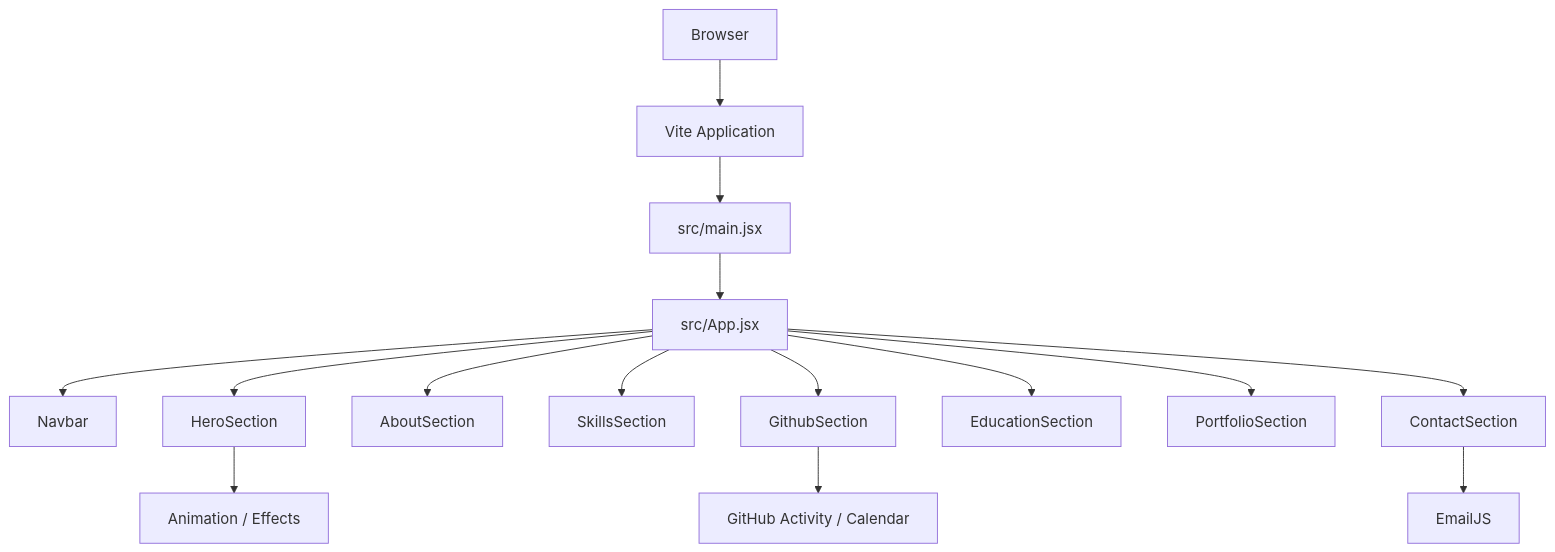
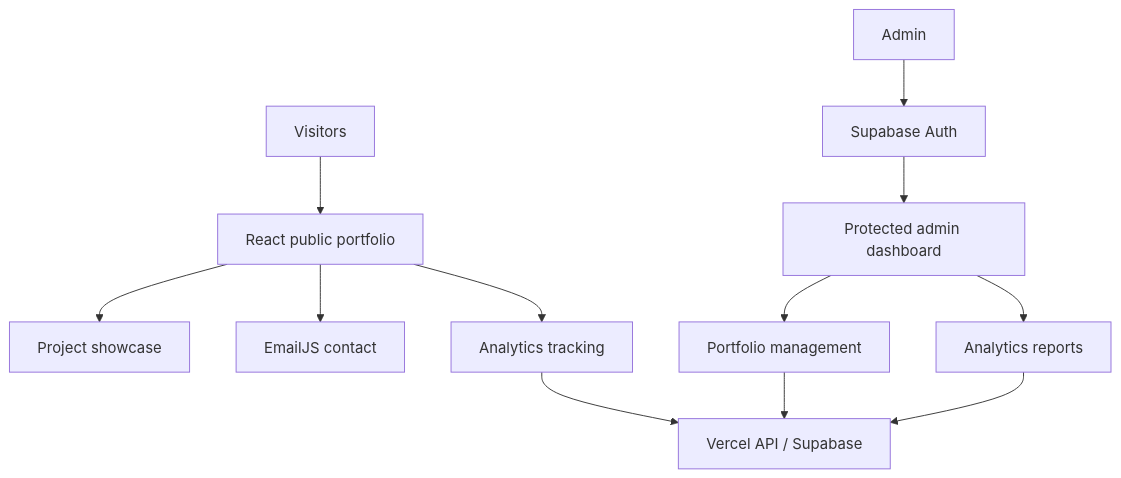
The diagram in README.md (kktpx/Web-Portfolio), drawn with Mermaid before and after one commit. The commit also changed other lines of this file, not shown here.

````diff
--- a/README.md
+++ b/README.md
@@ -63,19 +51,14 @@
 ```mermaid
 flowchart TD
-    Browser[Browser] --> Vite[Vite Application]
-    Vite --> Main[src/main.jsx]
-    Main --> App[src/App.jsx]
-
-    App --> Navbar[Navbar]
-    App --> Hero[HeroSection]
-    App --> About[AboutSection]
-    App --> Skills[SkillsSection]
-    App --> Github[GithubSection]
-    App --> Education[EducationSection]
-    App --> Portfolio[PortfolioSection]
-    App --> Contact[ContactSection]
-
-    Contact --> EmailJS[EmailJS]
-    Github --> GHData[GitHub Activity / Calendar]
-    Hero --> Animation[Animation / Effects]
+    A[Visitors] --> B[React public portfolio]
+    B --> C[Project showcase]
+    B --> D[EmailJS contact]
+    B --> E[Analytics tracking]
+    E --> F[Vercel API / Supabase]
+    G[Admin] --> H[Supabase Auth]
+    H --> I[Protected admin dashboard]
+    I --> J[Portfolio management]
+    I --> K[Analytics reports]
+    J --> F
+    K --> F
 ```
````
